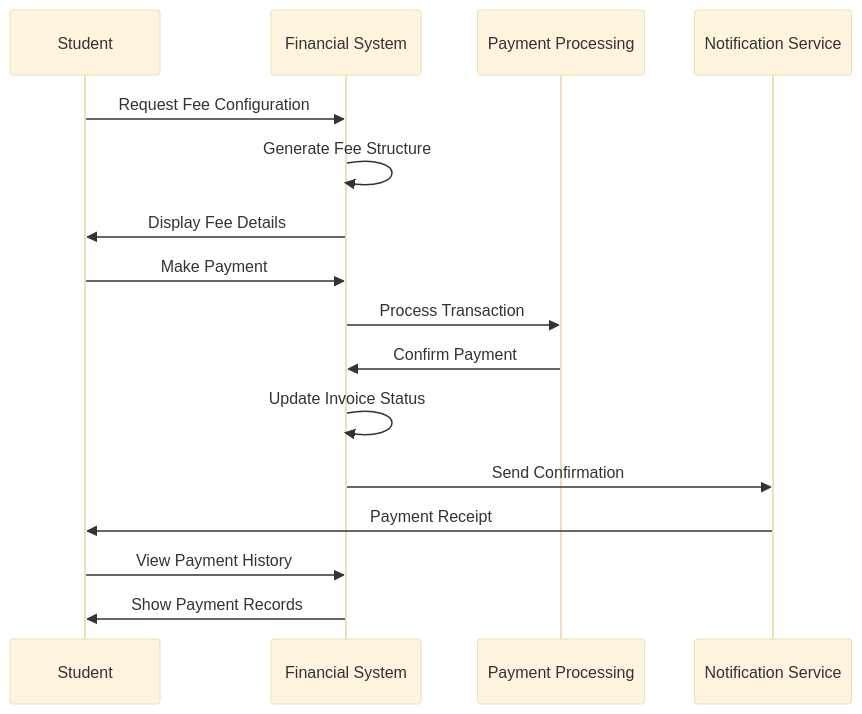
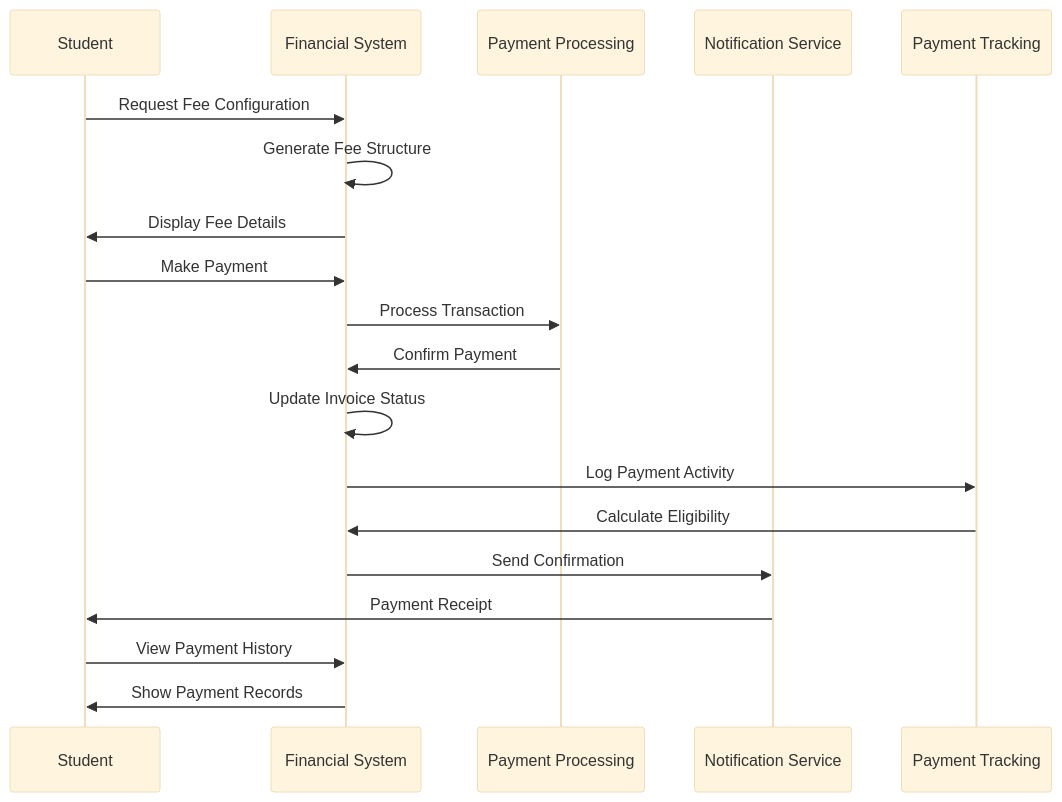
One commit to franckylab/eLISAschool changed the second of 12 diagrams in .qoder/repowiki/en/content/Modules & Features/Administrative Modules/Financial Management Module.md. Above: the diagram before and after it, drawn with Mermaid (base theme). The commit also changed other lines of this file and 433 other files, not shown here.

````diff
--- a/.qoder/repowiki/en/content/Modules & Features/Administrative Modules/Financial Management Module.md
+++ b/.qoder/repowiki/en/content/Modules & Features/Administrative Modules/Financial Management Module.md
@@ -91,18 +110,21 @@
 ```mermaid
 sequenceDiagram
 participant Student as Student
 participant System as Financial System
 participant Payment as Payment Processing
 participant Notification as Notification Service
+participant Suivi as Payment Tracking
 Student->>System : Request Fee Configuration
 System->>System : Generate Fee Structure
 System->>Student : Display Fee Details
 Student->>System : Make Payment
 System->>Payment : Process Transaction
 Payment->>System : Confirm Payment
 System->>System : Update Invoice Status
+System->>Suivi : Log Payment Activity
+Suivi->>System : Calculate Eligibility
 System->>Notification : Send Confirmation
 Notification->>Student : Payment Receipt
 Student->>System : View Payment History
 System->>Student : Show Payment Records
 ```
````
